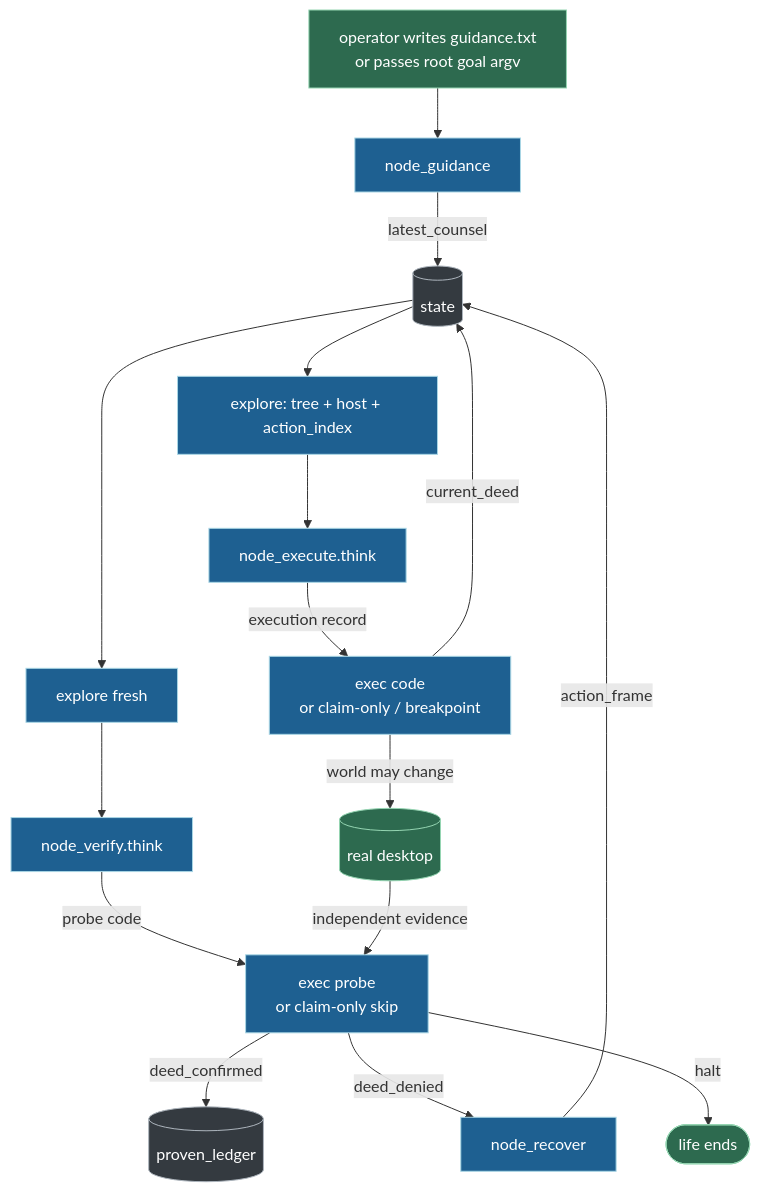
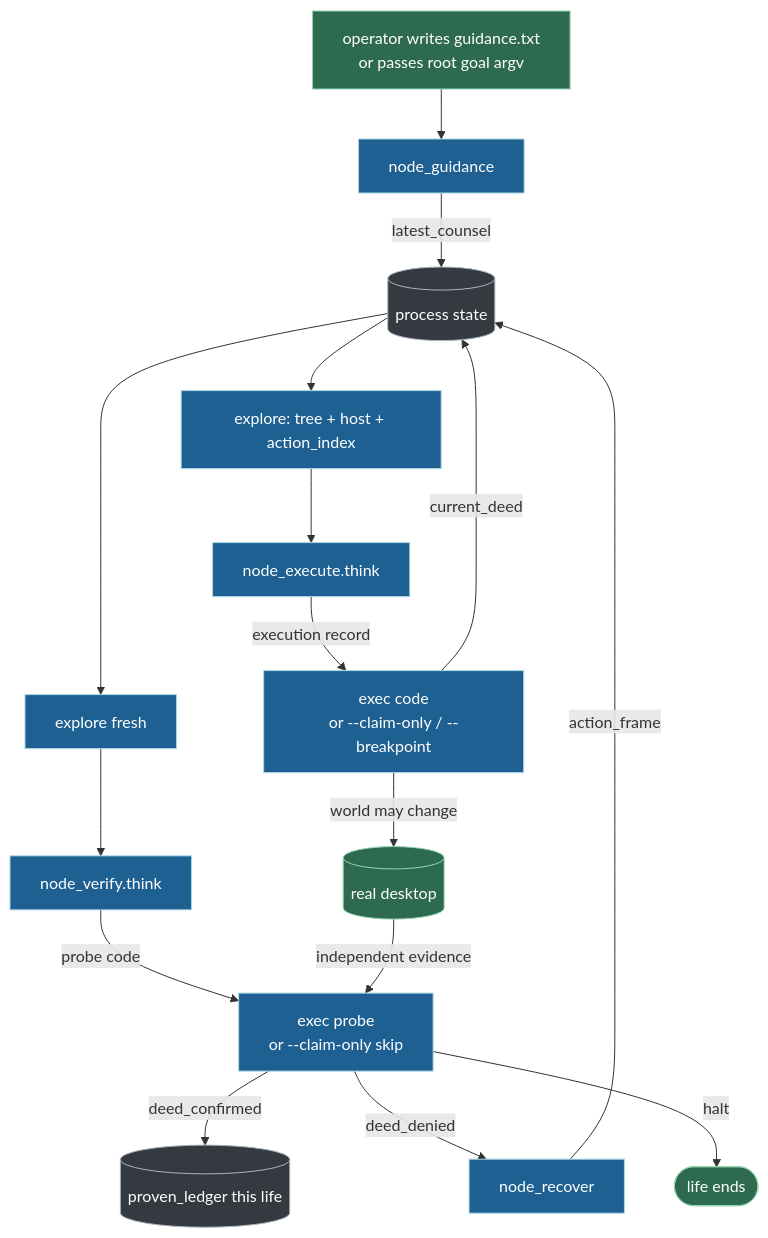
The tenth of 11 diagrams in README.md (wgabrys88/endgame-ai), drawn with Mermaid before and after one commit. The commit also changed other lines of this file and 3 other files, not shown here.

````diff
--- a/README.md
+++ b/README.md
@@ -887,27 +1046,27 @@
 ```mermaid
 flowchart TD
     OP["operator writes guidance.txt<br/>or passes root goal argv"] --> GD
-    GD["node_guidance"] -->|latest_counsel| ST[("state")]
+    GD["node_guidance"] -->|latest_counsel| ST[("process state")]
 
     ST --> EXP1["explore: tree + host + action_index"]
     EXP1 --> EX["node_execute.think"]
-    EX -->|execution record| RUN["exec code<br/>or claim-only / breakpoint"]
+    EX -->|execution record| RUN["exec code<br/>or --claim-only / --breakpoint"]
     RUN -->|world may change| WORLD[("real desktop")]
     RUN -->|current_deed| ST
 
     ST --> EXP2["explore fresh"]
     EXP2 --> VF["node_verify.think"]
-    VF -->|probe code| PROBE["exec probe<br/>or claim-only skip"]
+    VF -->|probe code| PROBE["exec probe<br/>or --claim-only skip"]
     WORLD -->|independent evidence| PROBE
-    PROBE -->|deed_confirmed| LEDGER[("proven_ledger")]
+    PROBE -->|deed_confirmed| LEDGER[("proven_ledger this life")]
     PROBE -->|deed_denied| RC["node_recover"]
     RC -->|action_frame| ST
     PROBE -->|halt| HALT([life ends])
 
     classDef n fill:#1e6091,stroke:#a9d6e5,color:#ffffff;
     classDef s fill:#343a40,stroke:#adb5bd,color:#ffffff;
     classDef w fill:#2d6a4f,stroke:#95d5b2,color:#ffffff;
     class GD,EX,VF,RC,EXP1,EXP2,RUN,PROBE n;
     class ST,LEDGER s;
     class WORLD,OP,HALT w;
 ```
````
